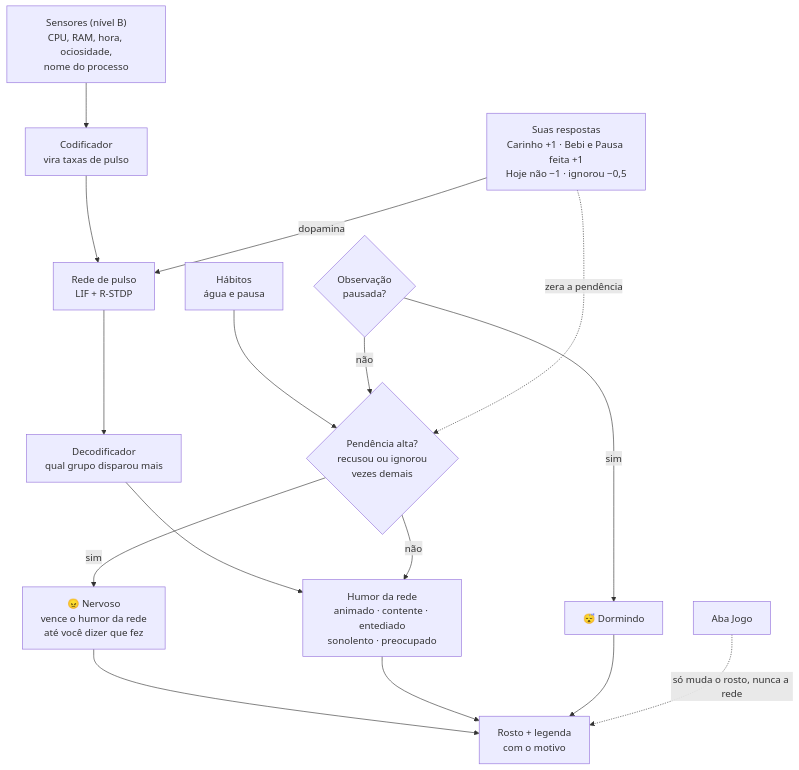
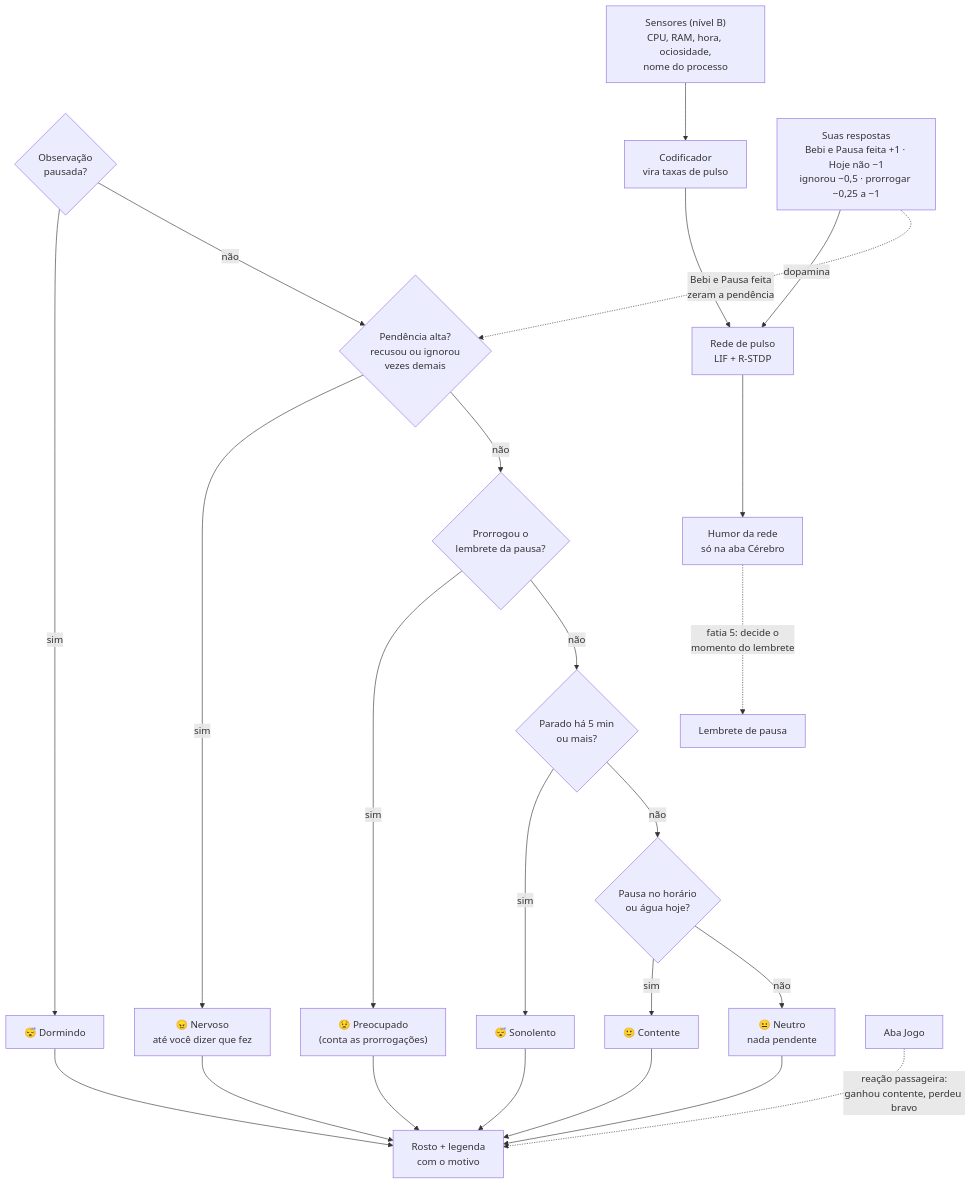
One commit to AndreiBataglia/pulso changed the diagram in README.md. Above: the diagram before and after it, drawn with Mermaid. The commit also changed other lines of this file and 1 other file, not shown here.

Commit message:
docs: diagrama do humor por regras e texto do gráfico da aba Cérebro

````diff
--- a/README.md
+++ b/README.md
@@ -71,22 +72,31 @@
 ```mermaid
 flowchart TD
+    PV{"Observação<br/>pausada?"} -- sim --> Z["😴 Dormindo"]
+    PV -- não --> R1
+
+    R1{"Pendência alta?<br/>recusou ou ignorou<br/>vezes demais"} -- sim --> NV["😠 Nervoso<br/>até você dizer que fez"]
+    R1 -- não --> R2{"Prorrogou o<br/>lembrete da pausa?"}
+    R2 -- sim --> PR["😟 Preocupado<br/>(conta as prorrogações)"]
+    R2 -- não --> R3{"Parado há 5 min<br/>ou mais?"}
+    R3 -- sim --> SO["😴 Sonolento"]
+    R3 -- não --> R4{"Pausa no horário<br/>ou água hoje?"}
+    R4 -- sim --> CO["🙂 Contente"]
+    R4 -- não --> NE["😐 Neutro<br/>nada pendente"]
+
+    NV --> F["Rosto + legenda<br/>com o motivo"]
+    PR --> F
+    SO --> F
+    CO --> F
+    NE --> F
+    Z --> F
+
+    G["Aba Jogo"] -. "reação passageira:<br/>ganhou contente, perdeu bravo" .-> F
+
     S["Sensores (nível B)<br/>CPU, RAM, hora, ociosidade,<br/>nome do processo"] --> E["Codificador<br/>vira taxas de pulso"]
     E --> N["Rede de pulso<br/>LIF + R-STDP"]
-    N --> D["Decodificador<br/>qual grupo disparou mais"]
-    D --> M["Humor da rede<br/>animado · contente · entediado<br/>sonolento · preocupado"]
+    N --> D["Humor da rede<br/>só na aba Cérebro"]
+    D -. "fatia 5: decide o<br/>momento do lembrete" .-> L["Lembrete de pausa"]
 
-    H["Hábitos<br/>água e pausa"] --> P{"Pendência alta?<br/>recusou ou ignorou<br/>vezes demais"}
-    P -- sim --> NV["😠 Nervoso<br/>vence o humor da rede<br/>até você dizer que fez"]
-    P -- não --> M
-
-    PV{"Observação<br/>pausada?"} -- sim --> Z["😴 Dormindo"]
-    PV -- não --> P
-
-    NV --> F["Rosto + legenda<br/>com o motivo"]
-    M --> F
-    Z --> F
-
-    R["Suas respostas<br/>Carinho +1 · Bebi e Pausa feita +1<br/>Hoje não −1 · ignorou −0,5"] -- dopamina --> N
-    R -. "zera a pendência" .-> P
-    G["Aba Jogo"] -. "só muda o rosto, nunca a rede" .-> F
+    A["Suas respostas<br/>Bebi e Pausa feita +1 · Hoje não −1<br/>ignorou −0,5 · prorrogar −0,25 a −1"] -- dopamina --> N
+    A -. "Bebi e Pausa feita<br/>zeram a pendência" .-> R1
 ```
````
